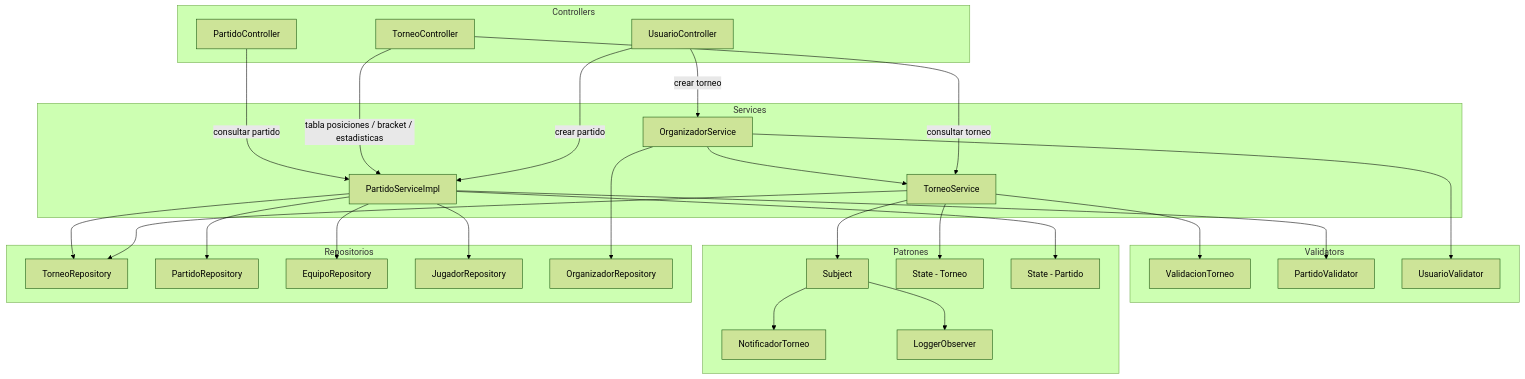
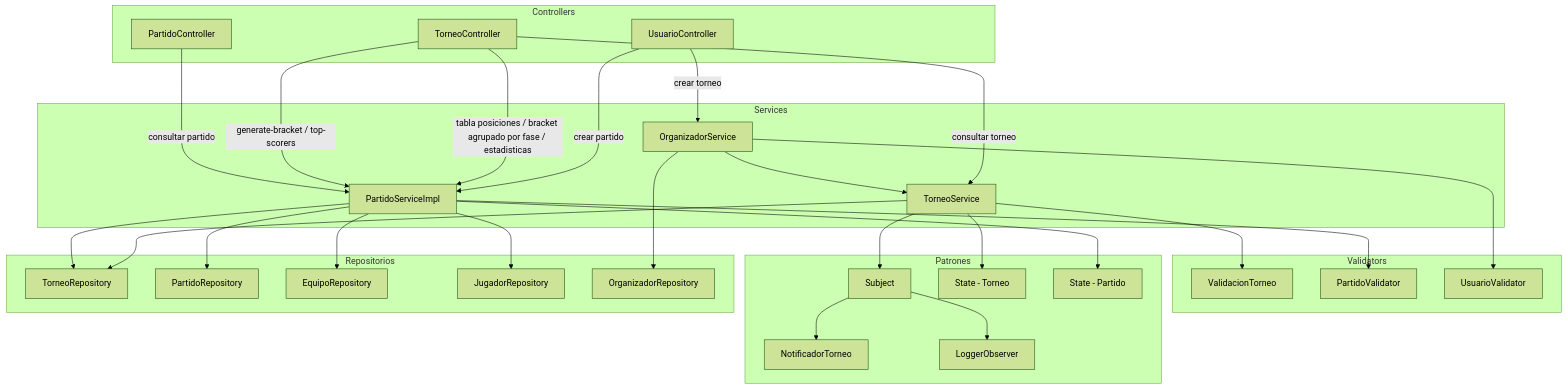
Before and after one commit to nglsz006/SFC_techcup-futbol: the diagram in docs/uml/componentes/componentes-torneo-partido.md, drawn with Mermaid (forest theme). The commit also changed 14 other files, not shown here.

Commit message:
actualizar diagramas: ER, clases, componentes, secuencia y contexto

````diff
--- a/docs/uml/componentes/componentes-torneo-partido.md
+++ b/docs/uml/componentes/componentes-torneo-partido.md
@@ -11,57 +11,58 @@
 ```mermaid
 graph TD
     subgraph Controllers["Controllers"]
         UC[UsuarioController]
         TC[TorneoController]
         PC[PartidoController]
     end
 
     subgraph Services["Services"]
         OS[OrganizadorService]
         TS[TorneoService]
         PS[PartidoServiceImpl]
     end
 
     subgraph Validators["Validators"]
         TV[ValidacionTorneo]
         PV[PartidoValidator]
         UV[UsuarioValidator]
     end
 
     subgraph Patterns["Patrones"]
         SUB[Subject]
         NT[NotificadorTorneo]
         LO[LoggerObserver]
         ST[State - Torneo]
         SP[State - Partido]
     end
 
     subgraph Repos["Repositorios"]
         TR[TorneoRepository]
         PR[PartidoRepository]
         ER[EquipoRepository]
         JR[JugadorRepository]
         OR[OrganizadorRepository]
     end
 
     UC -->|crear torneo| OS
     UC -->|crear partido| PS
     TC -->|consultar torneo| TS
-    TC -->|tabla posiciones / bracket / estadisticas| PS
+    TC -->|tabla posiciones / bracket agrupado por fase / estadisticas| PS
+    TC -->|generate-bracket / top-scorers| PS
     PC -->|consultar partido| PS
     OS --> OR
     OS --> TS
     OS --> UV
     TS --> TR
     TS --> TV
     TS --> SUB
     TS --> ST
     SUB --> NT
     SUB --> LO
     PS --> PR
     PS --> TR
     PS --> ER
     PS --> JR
     PS --> PV
     PS --> SP
 ```
````
